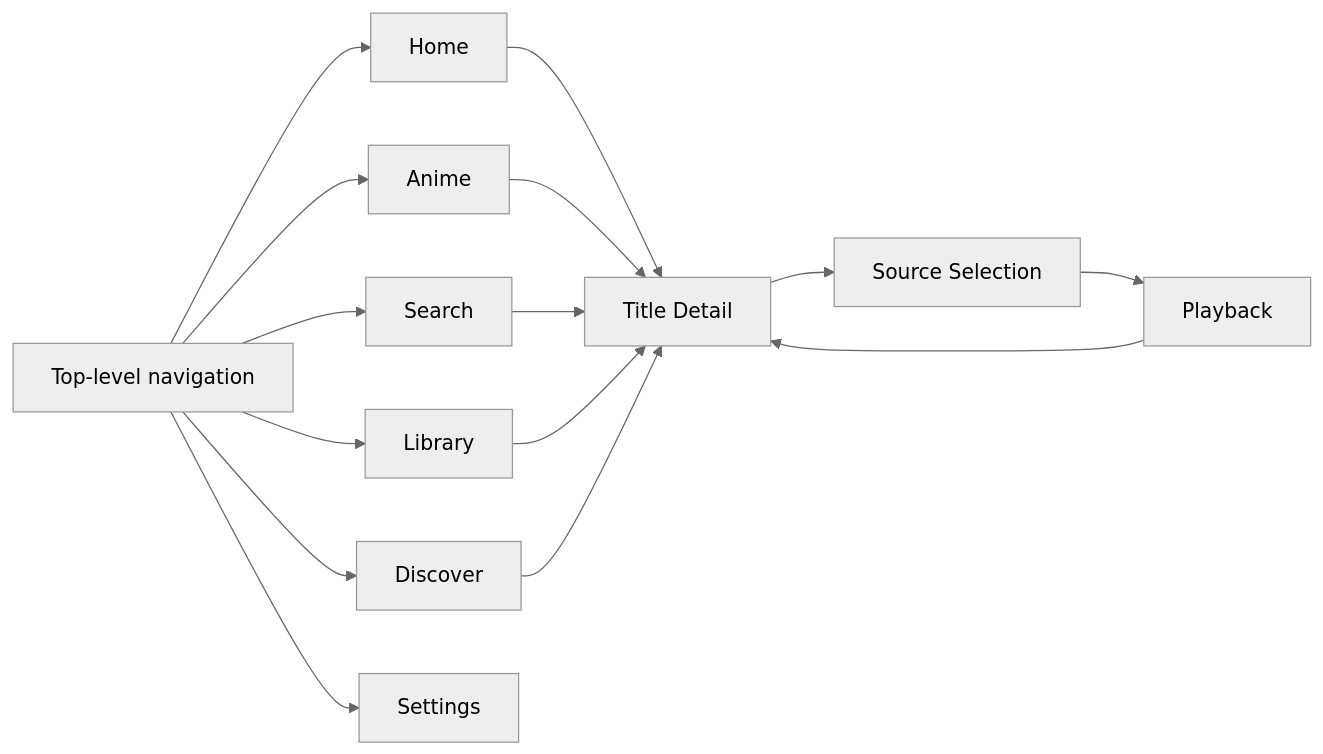
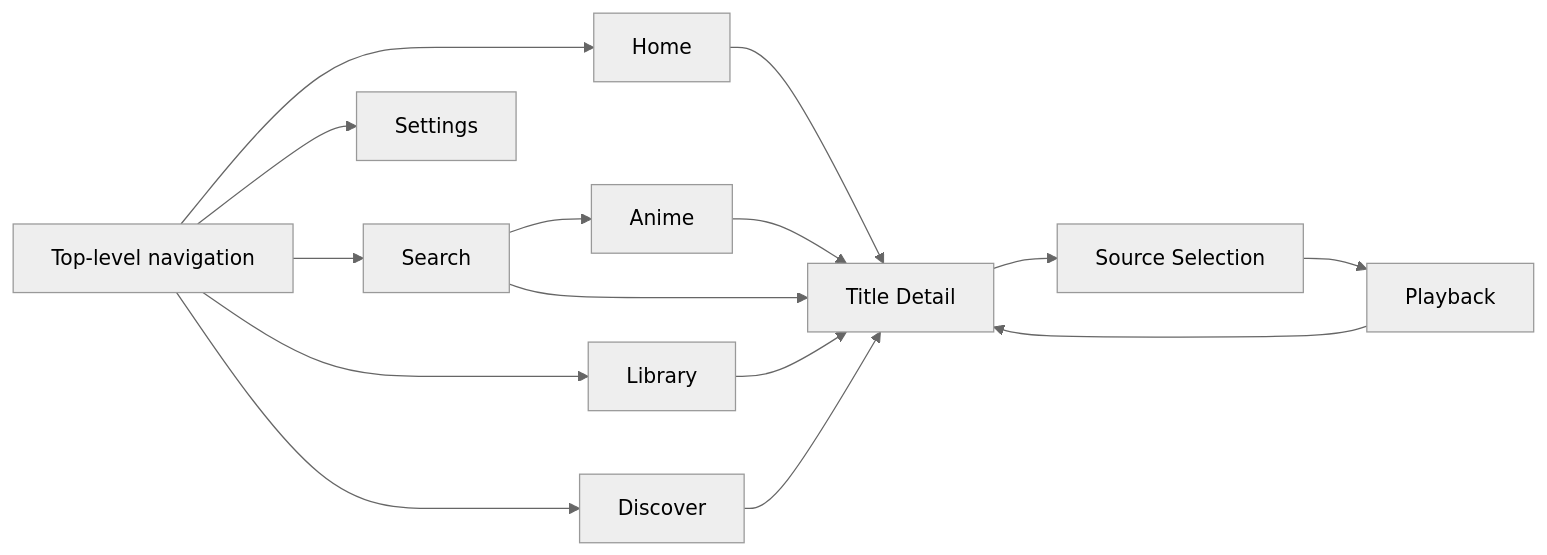
Before and after one commit to dafaraihan/Omnia: the diagram in DESIGN.md, drawn with Mermaid (neutral theme). The commit also changed other lines of this file and 89 other files, not shown here.

````diff
--- a/DESIGN.md
+++ b/DESIGN.md
@@ -45,17 +45,17 @@
 ```mermaid
 flowchart LR
     Root[Top-level navigation] --> Home
-    Root --> Anime
     Root --> Search
     Root --> Library
     Root --> Discover
     Root --> Settings
     Home --> Detail[Title Detail]
+    Search --> Anime
     Anime --> Detail
     Search --> Detail
     Library --> Detail
     Discover --> Detail
     Detail --> Sources[Source Selection]
     Sources --> Playback
     Playback --> Detail
 ```
````
